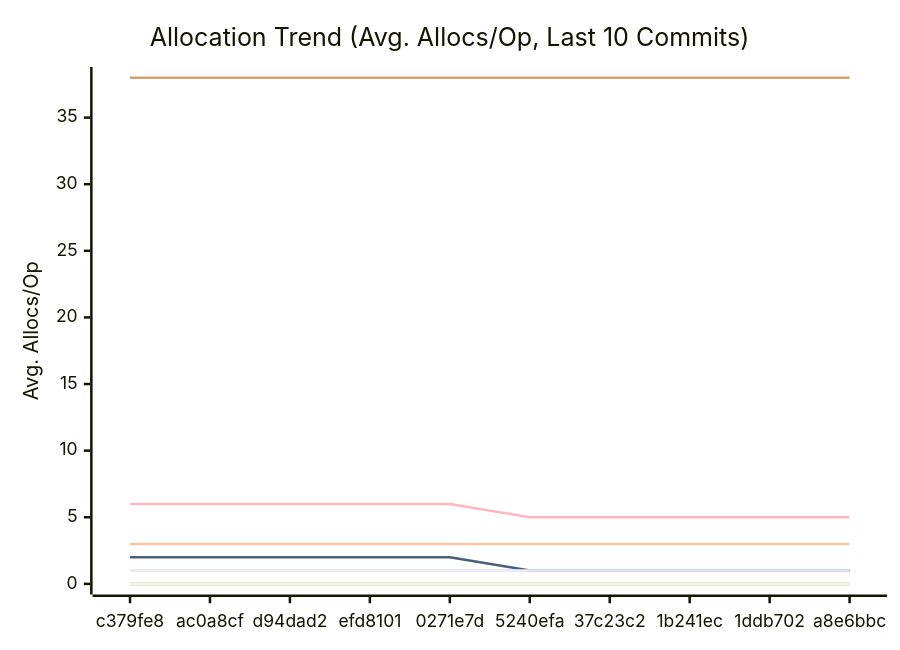
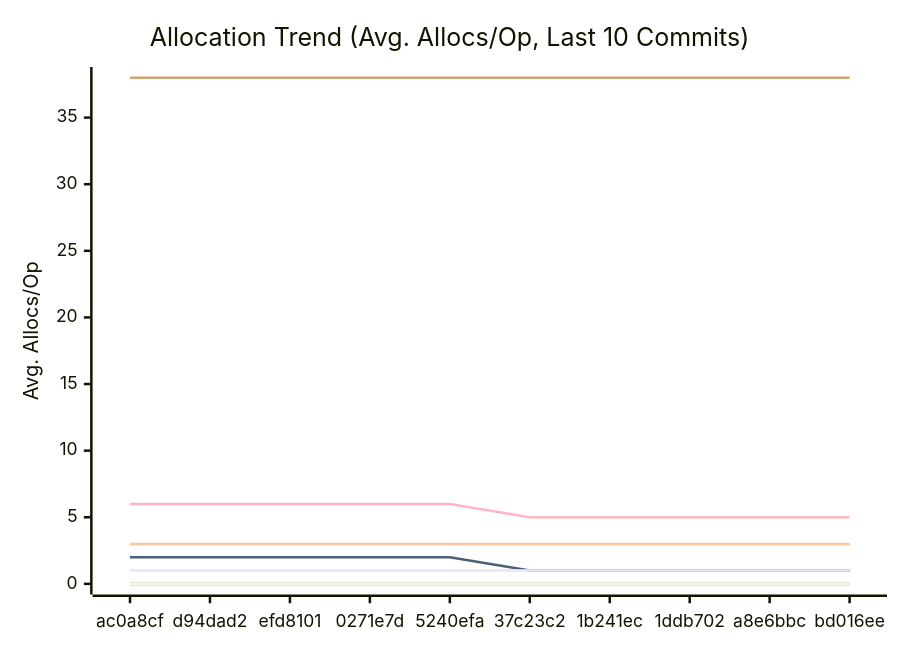
One commit to alsotoes/momo changed the third of 3 diagrams in docs/PERFORMANCE.md. Above: the diagram before and after it, drawn with Mermaid. The commit also changed other lines of this file and 3 other files, not shown here.

````diff
--- a/docs/PERFORMANCE.md
+++ b/docs/PERFORMANCE.md
@@ -176,18 +176,18 @@
 ```mermaid
 xychart-beta
     title "Allocation Trend (Avg. Allocs/Op, Last 10 Commits)"
     x-axis "Commit"
     y-axis "Avg. Allocs/Op"
-    x-axis [c379fe8,ac0a8cf,d94dad2,efd8101,0271e7d,5240efa,37c23c2,1b241ec,1ddb702,a8e6bbc]
+    x-axis [ac0a8cf,d94dad2,efd8101,0271e7d,5240efa,37c23c2,1b241ec,1ddb702,a8e6bbc,bd016ee]
     line "CheckMetricsAndSwap" [0,0,0,0,0,0,0,0,0,0]
     line "CrushOptimized" [0,0,0,0,0,0,0,0,0,0]
     line "CrushOriginal" [3,3,3,3,3,3,3,3,3,3]
     line "IndexDirectTracking" [0,0,0,0,0,0,0,0,0,0]
     line "IndexSearch" [0,0,0,0,0,0,0,0,0,0]
     line "LoadGlobalConfig" [38,38,38,38,38,38,38,38,38,38]
     line "PadString" [1,1,1,1,1,1,1,1,1,1]
     line "ParseReplicationOrder_NoPrealloc" [6,6,6,6,6,5,5,5,5,5]
     line "ParseReplicationOrder_Prealloc" [2,2,2,2,2,1,1,1,1,1]
     line "SanitizeLog/Safe" [0,0,0,0,0,0,0,0,0,0]
     line "SanitizeLog/Unsafe" [1,1,1,1,1,1,1,1,1,1]
 ```
````
